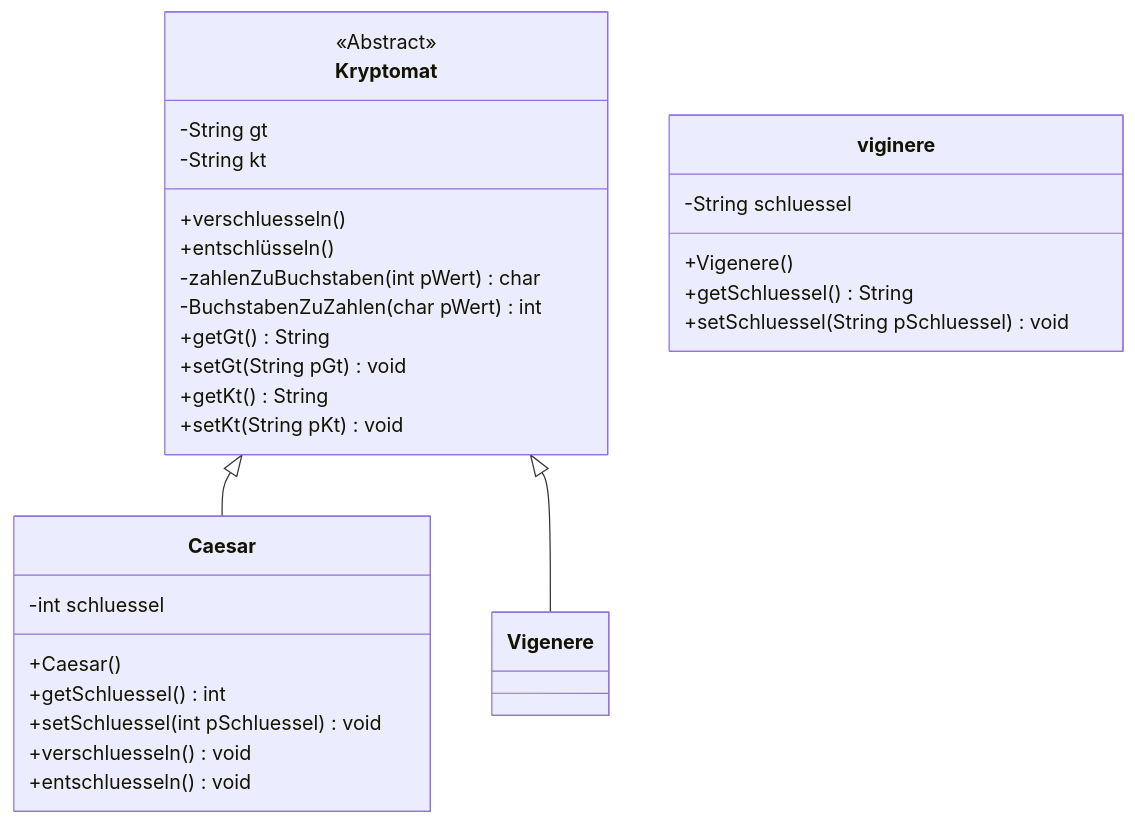
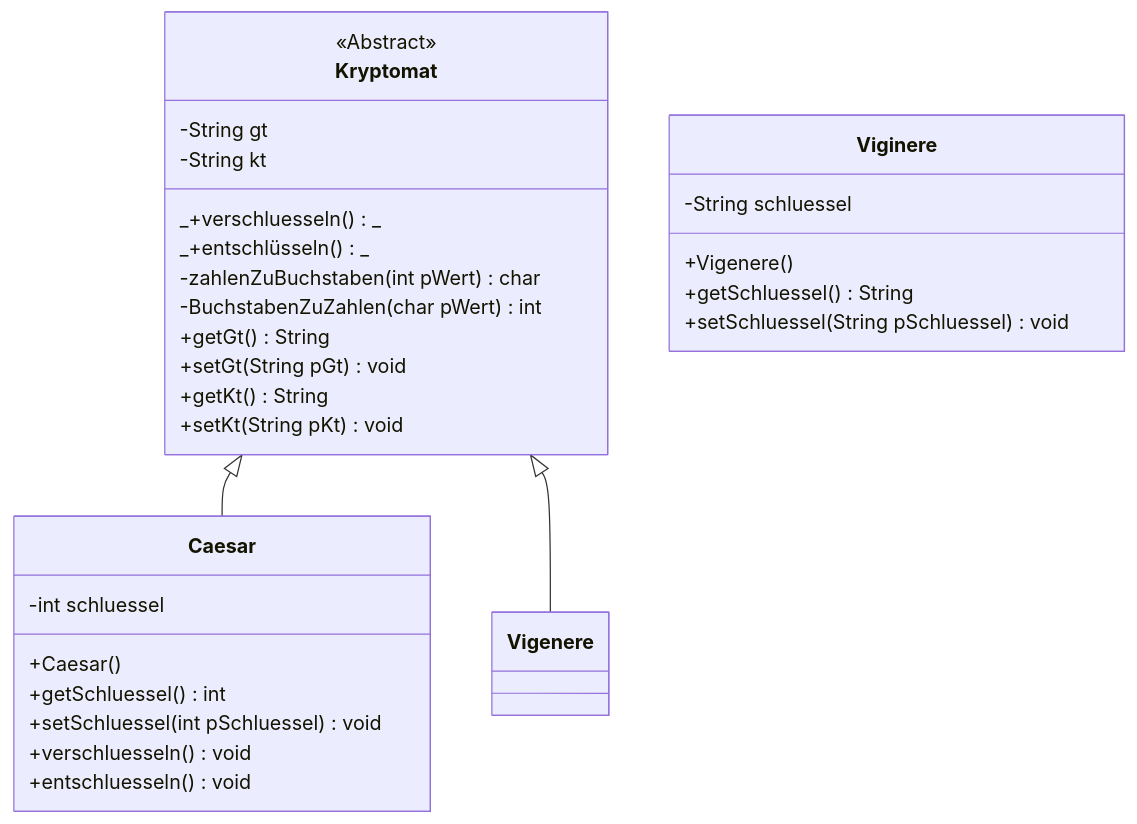
Before and after one commit to rueckertgym/begleitmaterial: the diagram in book/kryptologie/kryptomat.md, drawn with Mermaid.

Commit message:
Aktualisieren book/kryptologie/kryptomat.md

````diff
--- a/book/kryptologie/kryptomat.md
+++ b/book/kryptologie/kryptomat.md
@@ -9,32 +9,32 @@
 ```mermaid
 classDiagram
     Kryptomat <|-- Caesar
     Kryptomat <|-- Vigenere
     <<Abstract>> Kryptomat
     Kryptomat : -String gt
     Kryptomat : -String kt
-    Kryptomat: +verschluesseln()
-    Kryptomat: +entschlüsseln()
+    Kryptomat: _+verschluesseln()_
+    Kryptomat: _+entschlüsseln()_
     Kryptomat: -zahlenZuBuchstaben(int pWert) char
     Kryptomat: -BuchstabenZuZahlen(char pWert) int
     Kryptomat: +getGt() String
     Kryptomat: +setGt(String pGt) void
     Kryptomat: +getKt() String
     Kryptomat: +setKt(String pKt) void
 
     class Caesar{
       -int schluessel
       +Caesar()
       +getSchluessel() int
       +setSchluessel(int pSchluessel) void 
       +verschluesseln() void
       +entschluesseln() void
     }
-    class viginere{
+    class Viginere{
       -String schluessel
       +Vigenere()
       +getSchluessel() String
       +setSchluessel(String pSchluessel) void
     }
     
 ```
````
